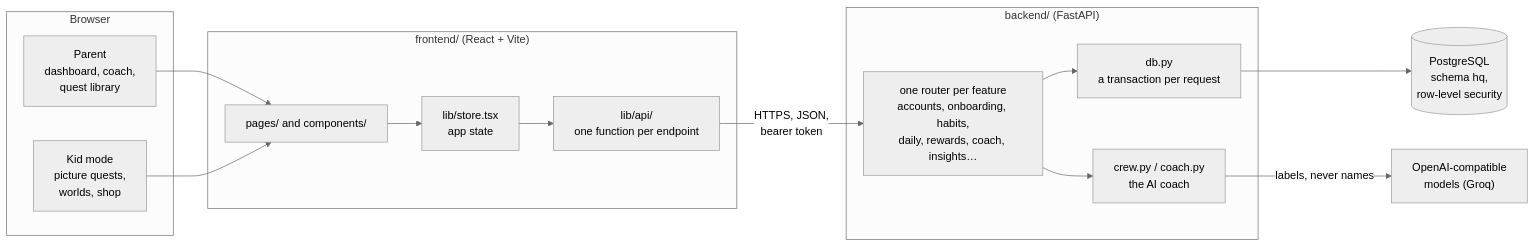
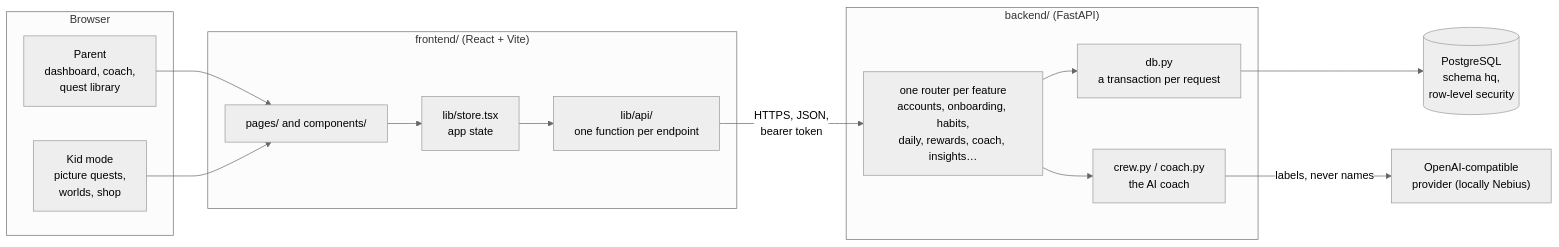
Before and after one commit to rahulwarekar20/habbit-quest: the first of 5 diagrams in ARCHITECTURE.md, drawn with Mermaid (neutral theme). The commit also changed other lines of this file and 1137 other files, not shown here.

````diff
--- a/ARCHITECTURE.md
+++ b/ARCHITECTURE.md
@@ -9,25 +17,25 @@
 ```mermaid
 flowchart LR
     subgraph Browser
         P["Parent<br/>dashboard, coach,<br/>quest library"]
         K["Kid mode<br/>picture quests,<br/>worlds, shop"]
     end
     subgraph Frontend["frontend/ (React + Vite)"]
         UI["pages/ and components/"]
         ST["lib/store.tsx<br/>app state"]
         API["lib/api/<br/>one function per endpoint"]
     end
     subgraph Backend["backend/ (FastAPI)"]
         R["one router per feature<br/>accounts, onboarding, habits,<br/>daily, rewards, coach, insights…"]
         DB["db.py<br/>a transaction per request"]
         AI["crew.py / coach.py<br/>the AI coach"]
     end
     PG[("PostgreSQL<br/>schema hq,<br/>row-level security")]
-    LLM["OpenAI-compatible<br/>models (Groq)"]
+    LLM["OpenAI-compatible<br/>provider (locally Nebius)"]
     P --> UI
     K --> UI
     UI --> ST --> API
     API -- "HTTPS, JSON,<br/>bearer token" --> R
     R --> DB --> PG
     R --> AI -- "labels, never names" --> LLM
 ```
````
